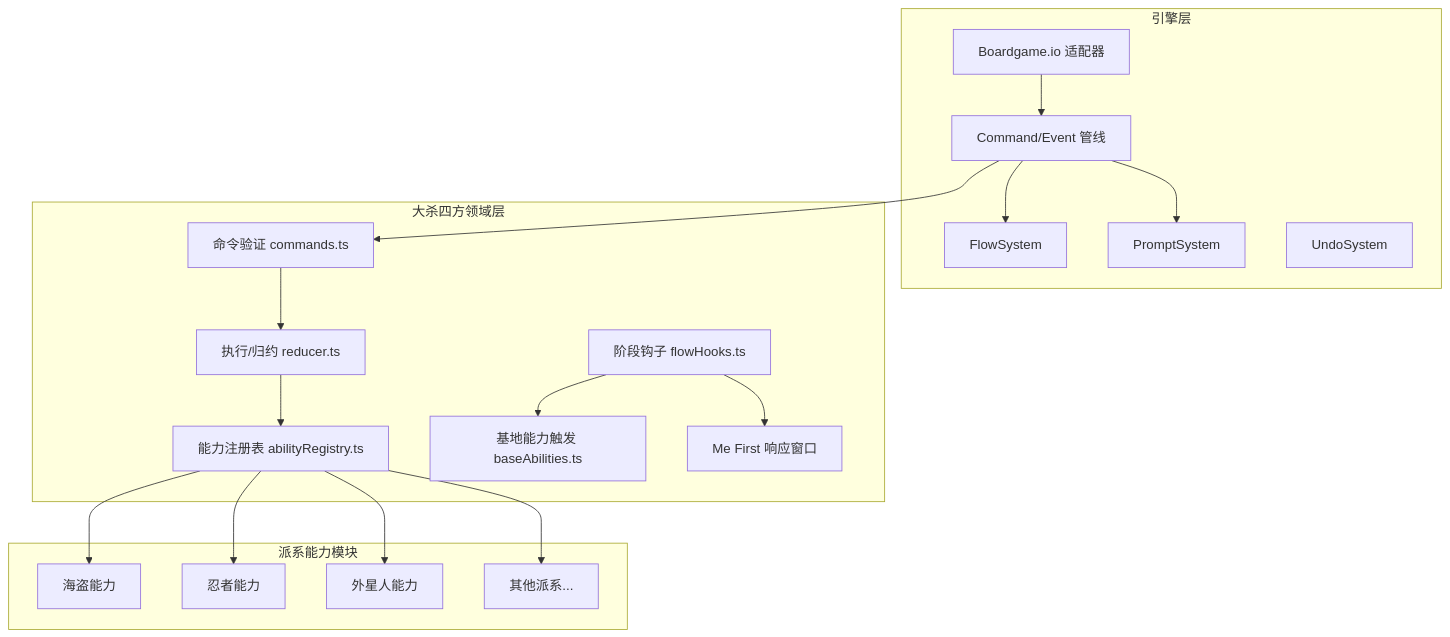
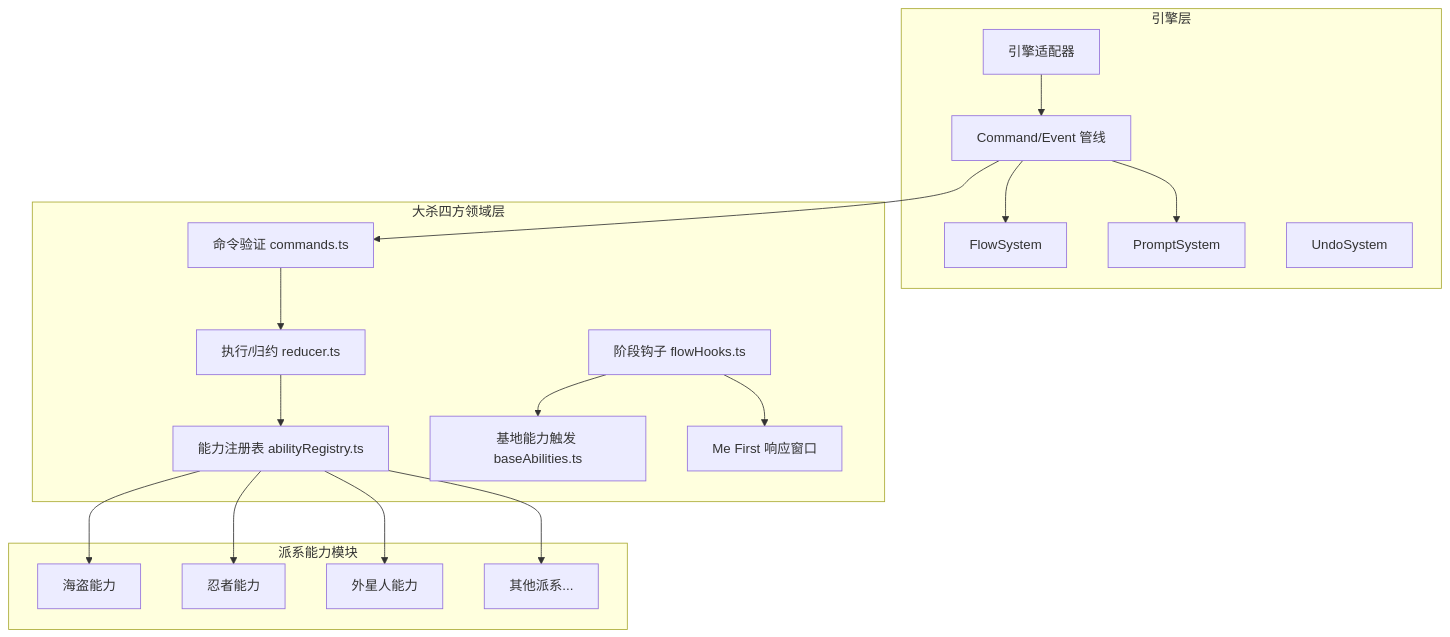
Before and after one commit to tt2939993127-max/BoardGame: the diagram in .kiro/specs/smashup-core-abilities/design.md, drawn with Mermaid. The commit also changed 335 other files, not shown here.

````diff
--- a/.kiro/specs/smashup-core-abilities/design.md
+++ b/.kiro/specs/smashup-core-abilities/design.md
@@ -16,39 +16,39 @@
 ```mermaid
 graph TD
     subgraph 引擎层
-        Adapter[Boardgame.io 适配器]
+        Adapter[引擎适配器]
         Pipeline[Command/Event 管线]
         FlowSys[FlowSystem]
         PromptSys[PromptSystem]
         UndoSys[UndoSystem]
     end
 
     subgraph 大杀四方领域层
         Commands[命令验证 commands.ts]
         Reducer[执行/归约 reducer.ts]
         FlowHooks[阶段钩子 flowHooks.ts]
         AbilityReg[能力注册表 abilityRegistry.ts]
         BaseAbility[基地能力触发 baseAbilities.ts]
         MeFirst[Me First 响应窗口]
     end
 
     subgraph 派系能力模块
         Pirates[海盗能力]
         Ninjas[忍者能力]
         Aliens[外星人能力]
         Others[其他派系...]
     end
 
     Adapter --> Pipeline
     Pipeline --> FlowSys
     Pipeline --> PromptSys
     Pipeline --> Commands
     Commands --> Reducer
     Reducer --> AbilityReg
     AbilityReg --> Pirates
     AbilityReg --> Ninjas
     AbilityReg --> Aliens
     AbilityReg --> Others
     FlowHooks --> BaseAbility
     FlowHooks --> MeFirst
 ```
````
